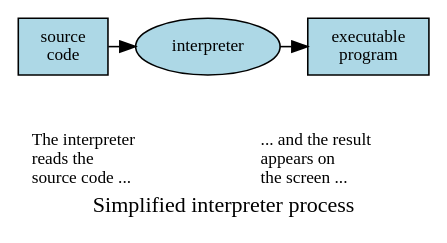
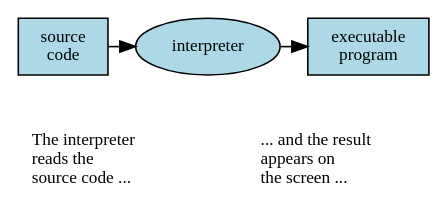
The first of 2 diagrams in src/chapter1/programming_language.rst (DaveParillo/cisc192-reader), drawn with Graphviz before and after one commit. The commit also changed other lines of this file and 20 other files, not shown here.

```diff
--- a/src/chapter1/programming_language.rst
+++ b/src/chapter1/programming_language.rst
@@ -43,31 +43,31 @@
 .. digraph:: interpreters
+   :name: fig_interpreter_process
+   :caption: Simplified interpreter process
+   :alt: diagram showing source code interpreted into an executable program
    :align: center
-   :alt: Simplified interpreter process
 
    fontname = "Bitstream Vera Sans"
    node [
       fontname = "Bitstream Vera Sans"
       fontsize = 11
       style=filled
       fillcolor=lightblue
    ]
    edge [constraint=false]
 
-   label="Simplified interpreter process";
-   labelloc=bottom;
    src [label="source \ncode", shape="box"];
    exe [label="executable\nprogram", shape="box"];
    src -> interpreter -> exe;
 
    node [
        shape="plain"
        style=none
    ]
    edge [style=invis, constraint=true]
    t1 [label="The interpreter\lreads the\lsource code ...\l"];
    t2 [label="... and the result\lappears on\lthe screen ...\l"];
    src -> t1;
    interpreter -> t1;
    interpreter -> t2;
    exe -> t2;
    {rank=sink; t1 t2};
```
